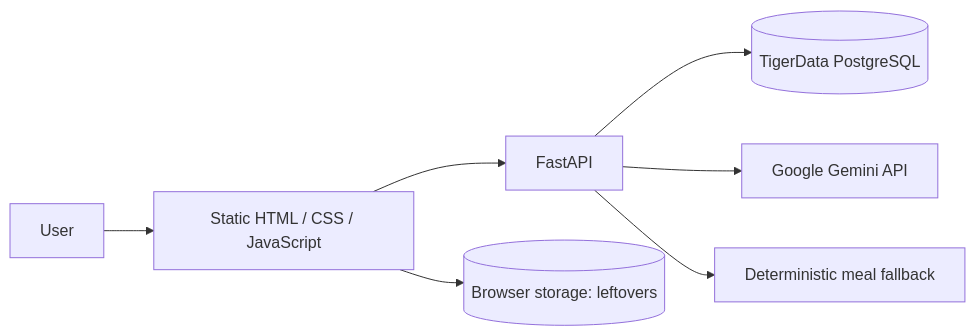
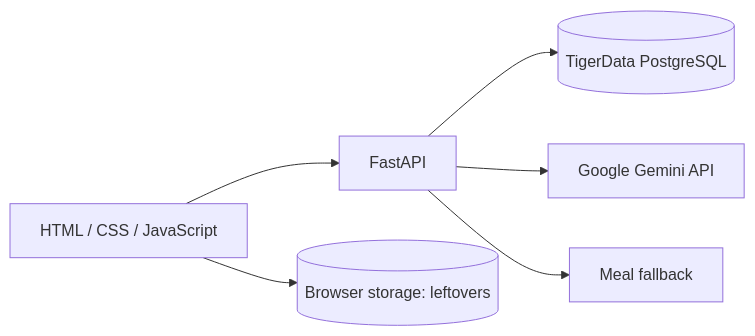
The diagram in README.md (monalgupta03/KCL-hackathon), drawn with Mermaid before and after one commit. The commit also changed other lines of this file, not shown here.

````diff
--- a/README.md
+++ b/README.md
@@ -123,9 +80,8 @@
 ```mermaid
 flowchart LR
-    User[User] --> UI[Static HTML / CSS / JavaScript]
-    UI --> API[FastAPI]
+    UI[HTML / CSS / JavaScript] --> API[FastAPI]
     API --> DB[(TigerData PostgreSQL)]
     API --> Gemini[Google Gemini API]
-    API --> Demo[Deterministic meal fallback]
+    API --> Demo[Meal fallback]
     UI --> Local[(Browser storage: leftovers)]
 ```
````
